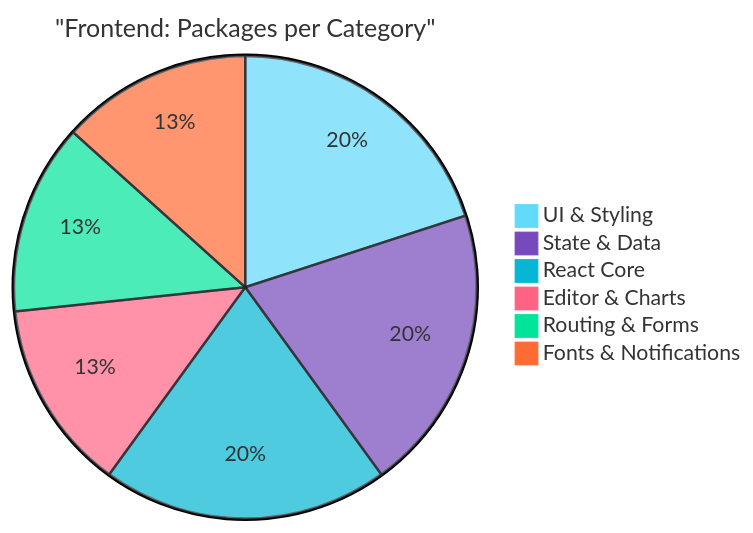
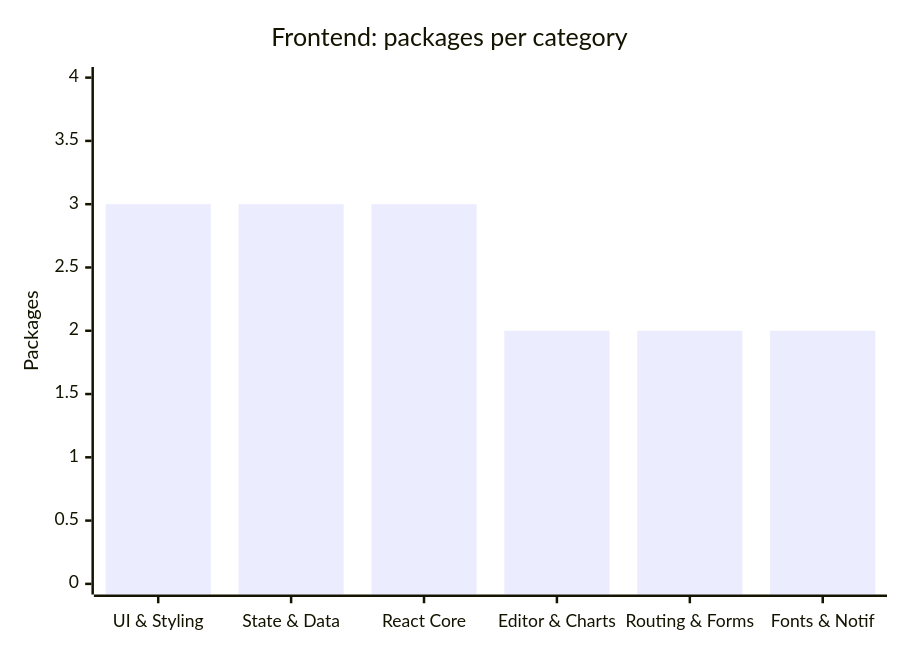
The sixth of 6 diagrams in README.md (boxbiswas/AI_CODE_REVIEW_ASSISTANT), drawn with Mermaid before and after one commit. The commit also changed other lines of this file, not shown here.

Commit message:
docs: revert pie charts back to original bar charts

````diff
--- a/README.md
+++ b/README.md
@@ -242,10 +240,7 @@
 ```mermaid
-%%{init: {'theme': 'base', 'themeVariables': { 'pie1': '#61DAFB', 'pie2': '#764ABC', 'pie3': '#06B6D4', 'pie4': '#FF6384', 'pie5': '#00E599', 'pie6': '#FF6B35', 'pieStrokeColor': '#20232A', 'pieStrokeWidth': '2px', 'textPosition': '0.5', 'pieTitleTextSize': '20px' }}}%%
-pie title "Frontend: Packages per Category"
-    "UI & Styling" : 3
-    "State & Data" : 3
-    "React Core" : 3
-    "Editor & Charts" : 2
-    "Routing & Forms" : 2
-    "Fonts & Notifications" : 2
+xychart-beta
+    title "Frontend: packages per category"
+    x-axis ["UI & Styling", "State & Data", "React Core", "Editor & Charts", "Routing & Forms", "Fonts & Notif"]
+    y-axis "Packages" 0 --> 4
+    bar [3, 3, 3, 2, 2, 2]
 ```
````
